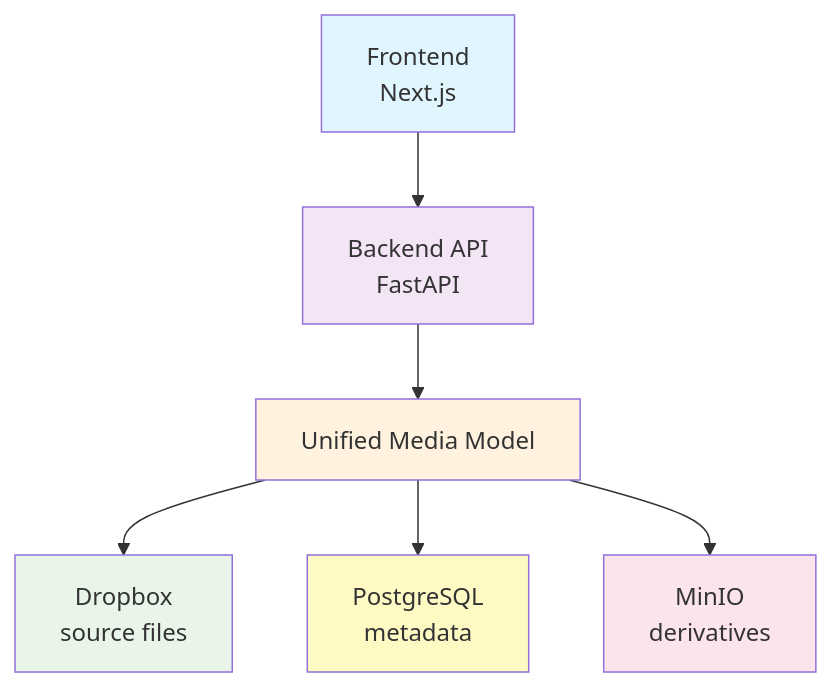
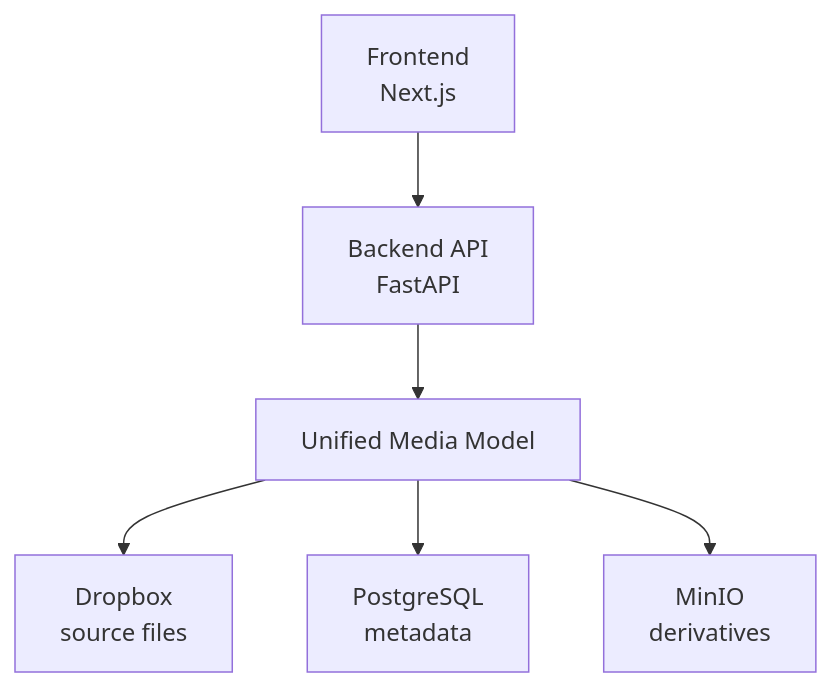
The diagram in infra/docs/Tagline Specification.md (jefferyharrell/Tagline), drawn with Mermaid before and after one commit.

Commit message:
docs: remove unused styles from architecture diagram in Tagline specification

````diff
--- a/infra/docs/Tagline Specification.md
+++ b/infra/docs/Tagline Specification.md
@@ -14,15 +14,8 @@
 ```mermaid
 graph TD
     A[Frontend<br/>Next.js] --> B[Backend API<br/>FastAPI]
     B --> C[Unified Media Model]
     C --> D[Dropbox<br/>source files]
     C --> E[PostgreSQL<br/>metadata]
     C --> F[MinIO<br/>derivatives]
-    
-    style A fill:#e1f5fe
-    style B fill:#f3e5f5
-    style C fill:#fff3e0
-    style D fill:#e8f5e8
-    style E fill:#fff9c4
-    style F fill:#fce4ec
 ```
````
